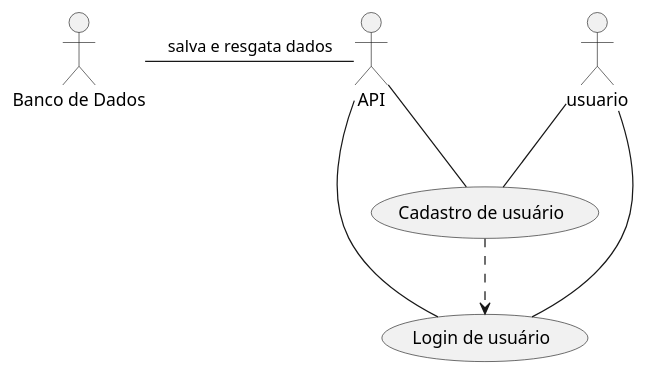
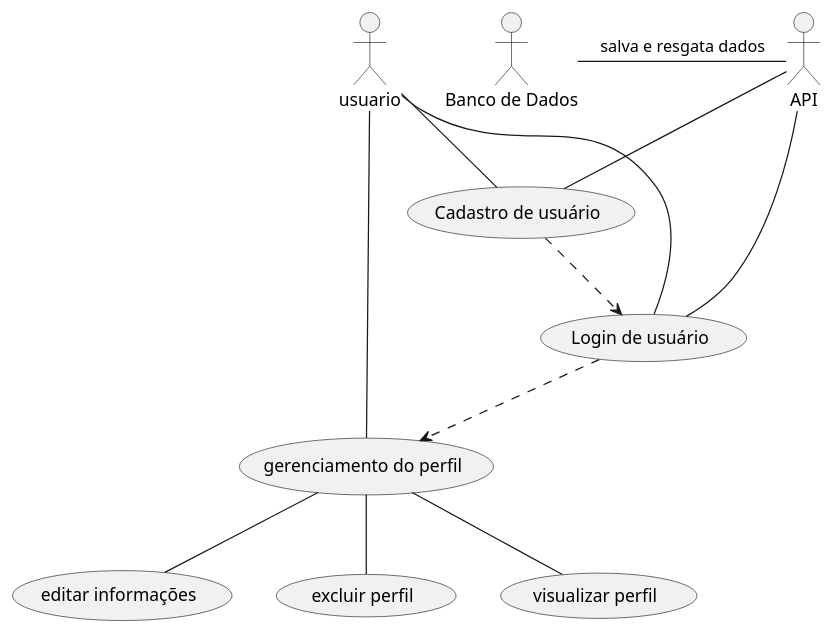
The diagram in src/UML/diagramaCasoDeUso.puml (FranCosMonX/Animes-Available), drawn with PlantUML before and after one commit. The commit also changed 9 other files, not shown here.

```diff
--- a/src/UML/diagramaCasoDeUso.puml
+++ b/src/UML/diagramaCasoDeUso.puml
@@ -1,17 +1,26 @@
 @startuml
 
 actor usuario
 actor "Banco de Dados" as BD
 actor API
 
 usecase "Cadastro de usuário" as cadastro
 usecase "Login de usuário" as login
+usecase "gerenciamento do perfil" as gerPerfil
+usecase "editar informações" as editInfoPerfil
+usecase "excluir perfil" as excluirPerfil
+usecase "visualizar perfil" as exibirInfoPerfil
 
 usuario -- cadastro
 usuario -- login
+usuario -- gerPerfil
 cadastro .-> login
+login .-> gerPerfil
+gerPerfil -- editInfoPerfil
+gerPerfil -- excluirPerfil
+gerPerfil -- exibirInfoPerfil
 API -left- BD : salva e resgata dados
 API -- cadastro
 API -- login
 
 @enduml
```
